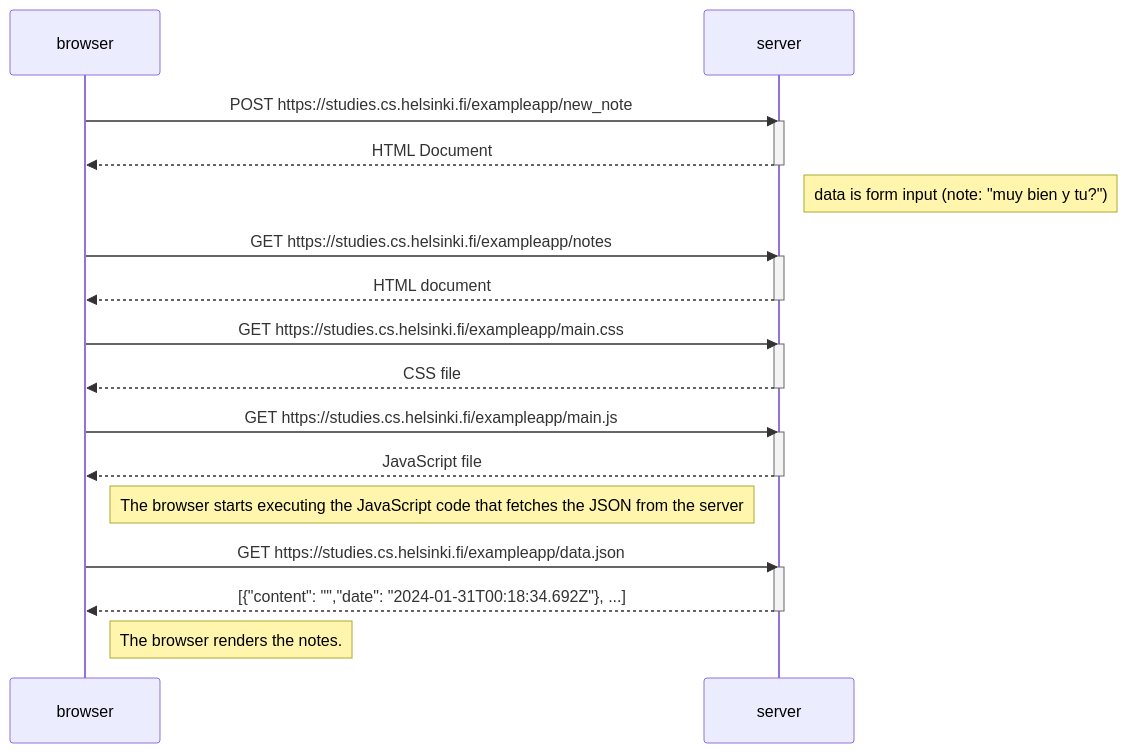
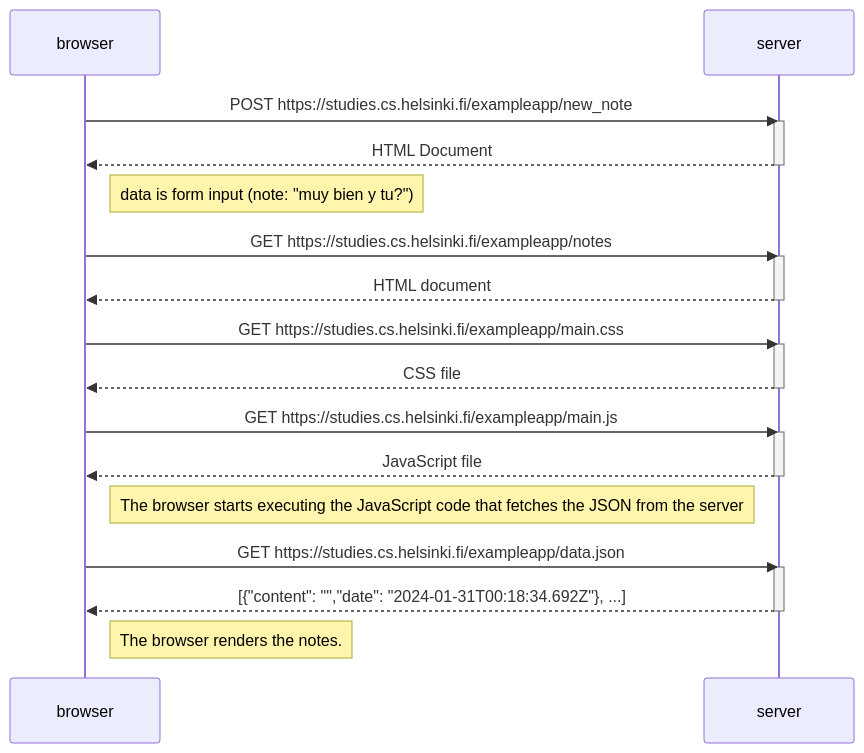
Before and after one commit to yasoo-exe/fullStackOpen: the diagram in part0/0point4.md, drawn with Mermaid.

````diff
--- a/part0/0point4.md
+++ b/part0/0point4.md
@@ -4,37 +4,37 @@
  ```mermaid
  sequenceDiagram
     participant browser
     participant server
 
     browser->>server: POST https://studies.cs.helsinki.fi/exampleapp/new_note
     activate server
     server-->>browser: HTML Document
     deactivate server
 
-    Note right of server: data is form input (note: "muy bien y tu?")
+    Note right of browser: data is form input (note: "muy bien y tu?")
 
     browser->>server: GET https://studies.cs.helsinki.fi/exampleapp/notes
     activate server
     server-->>browser: HTML document
     deactivate server
 
     browser->>server: GET https://studies.cs.helsinki.fi/exampleapp/main.css
     activate server
     server-->>browser: CSS file
     deactivate server
 
     browser->>server: GET https://studies.cs.helsinki.fi/exampleapp/main.js
     activate server
     server-->>browser: JavaScript file
     deactivate server
 
     Note right of browser: The browser starts executing the JavaScript code that fetches the JSON from the server
 
 
     browser->>server: GET https://studies.cs.helsinki.fi/exampleapp/data.json
     activate server
     server-->>browser: [{"content": "","date": "2024-01-31T00:18:34.692Z"}, ...]
     deactivate server
 
     Note right of browser: The browser renders the notes.
 ```
````
